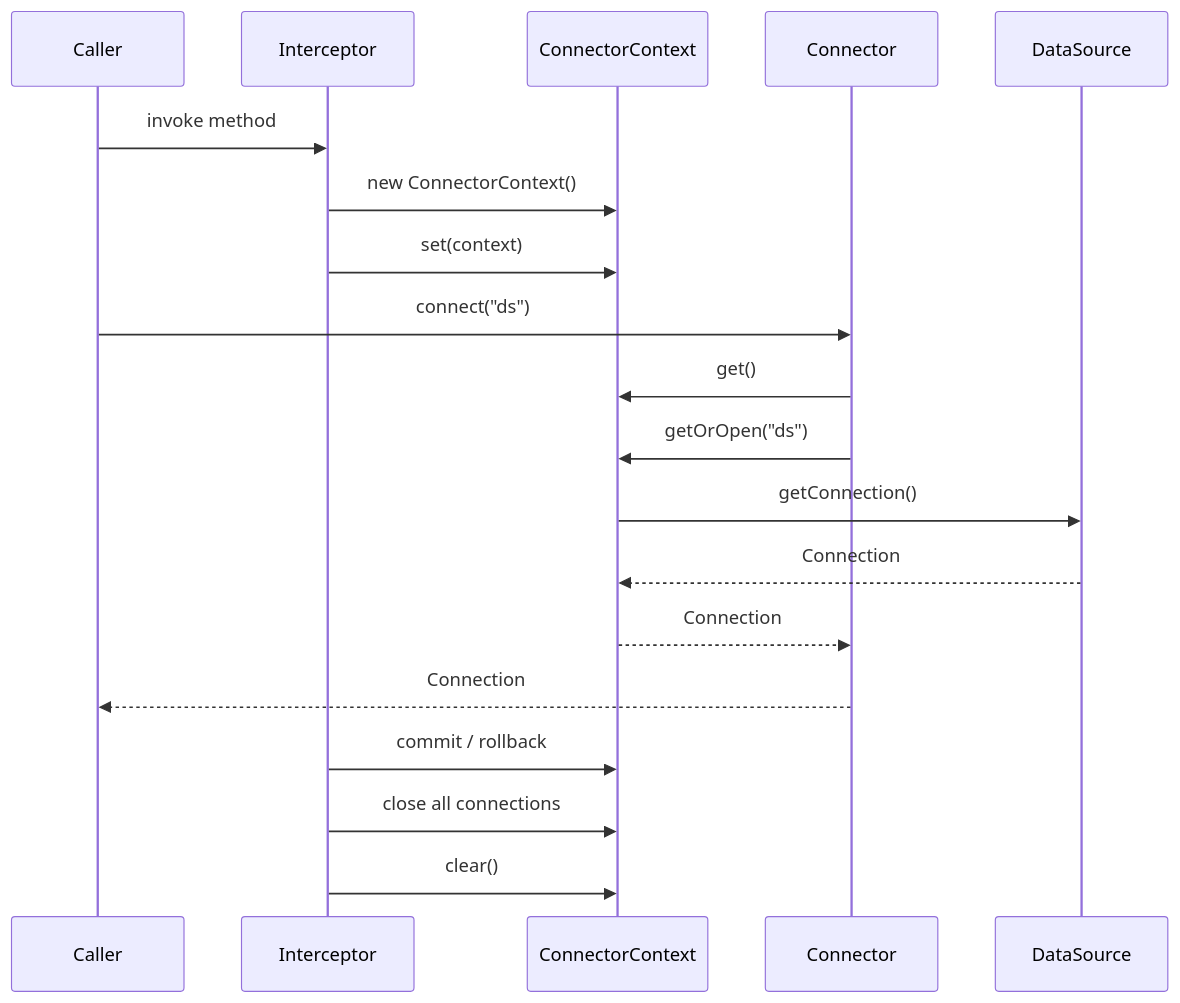
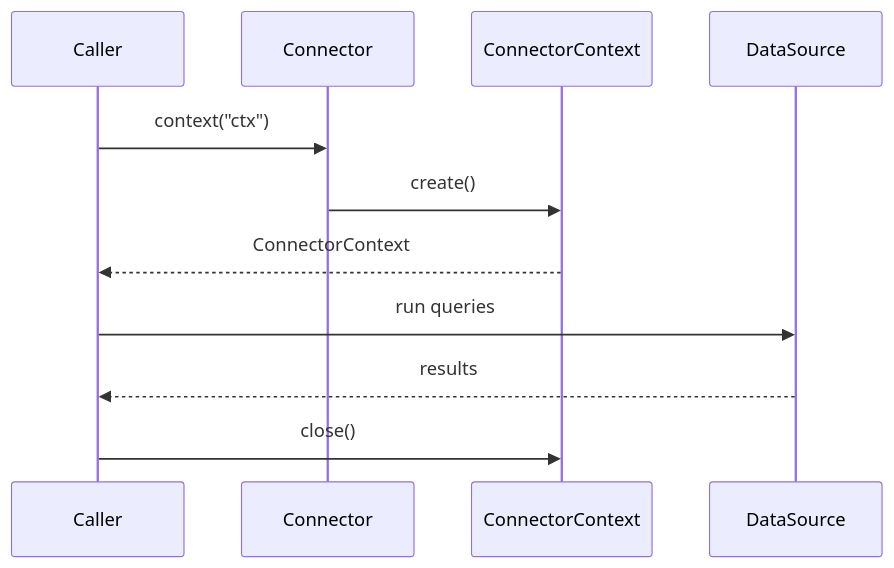
The diagram in docs/architecture.md (redeye-no/jdax), drawn with Mermaid before and after one commit. The commit also changed other lines of this file and 1 other file, not shown here.

````diff
--- a/docs/architecture.md
+++ b/docs/architecture.md
@@ -109,23 +108,14 @@
 ```mermaid
 sequenceDiagram
     participant Caller
-    participant Interceptor
+    participant Connector
     participant ConnectorContext
-    participant ConnectorContext
-    participant Connector
     participant DataSource
 
-    Caller->>Interceptor: invoke method
-    Interceptor->>ConnectorContext: new ConnectorContext()
-    Interceptor->>ConnectorContext: set(context)
-    Caller->>Connector: connect("ds")
-    Connector->>ConnectorContext: get()
-    Connector->>ConnectorContext: getOrOpen("ds")
-    ConnectorContext->>DataSource: getConnection()
-    DataSource-->>ConnectorContext: Connection
-    ConnectorContext-->>Connector: Connection
-    Connector-->>Caller: Connection
-    Interceptor->>ConnectorContext: commit / rollback
-    Interceptor->>ConnectorContext: close all connections
-    Interceptor->>ConnectorContext: clear()
+    Caller->>Connector: context("ctx")
+    Connector->>ConnectorContext: create()
+    ConnectorContext-->>Caller: ConnectorContext
+    Caller->>DataSource: run queries
+    DataSource-->>Caller: results
+    Caller->>ConnectorContext: close()
 ```
````
